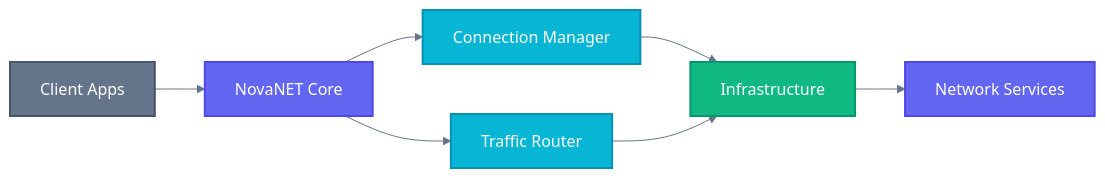
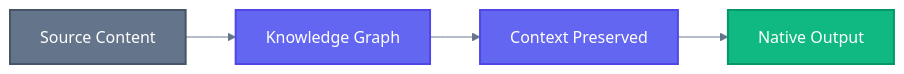
The first of 3 diagrams in README.md (supernovae-st/novanet), drawn with Mermaid before and after one commit. The commit also changed other lines of this file, not shown here.

First line of the commit message:
docs(readme): enhance with Why, Features, Architecture sections

````diff
--- a/README.md
+++ b/README.md
@@ -21,18 +29,14 @@
 ```mermaid
 %%{init: {'theme': 'base', 'themeVariables': {'lineColor': '#64748b'}}}%%
 flowchart LR
-    accTitle: NovaNET Architecture Overview
-    accDescr: Shows how NovaNET provides network and connectivity solutions across client applications, APIs, and infrastructure layers
+    accTitle: Traditional vs NovaNET Translation
+    accDescr: Shows how NovaNET preserves context through knowledge graphs
 
-    classDef external fill:#64748b,stroke:#475569,stroke-width:2px,color:#ffffff
+    classDef old fill:#64748b,stroke:#475569,stroke-width:2px,color:#ffffff
     classDef process fill:#6366f1,stroke:#4f46e5,stroke-width:2px,color:#ffffff
-    classDef data fill:#06b6d4,stroke:#0891b2,stroke-width:2px,color:#ffffff
     classDef success fill:#10b981,stroke:#059669,stroke-width:2px,color:#ffffff
 
-    A[Client Apps]:::external --> B[NovaNET Core]:::process
-    B --> C[Connection Manager]:::data
-    B --> D[Traffic Router]:::data
-    C --> E[Infrastructure]:::success
-    D --> E
-    E --> F[Network Services]:::process
+    A[Source Content]:::old --> B[Knowledge Graph]:::process
+    B --> C[Context Preserved]:::process
+    C --> D[Native Output]:::success
 ```
````
